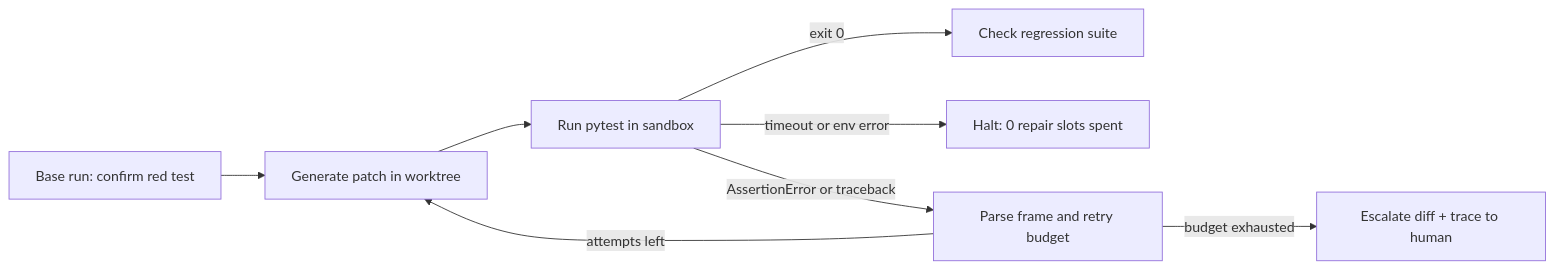
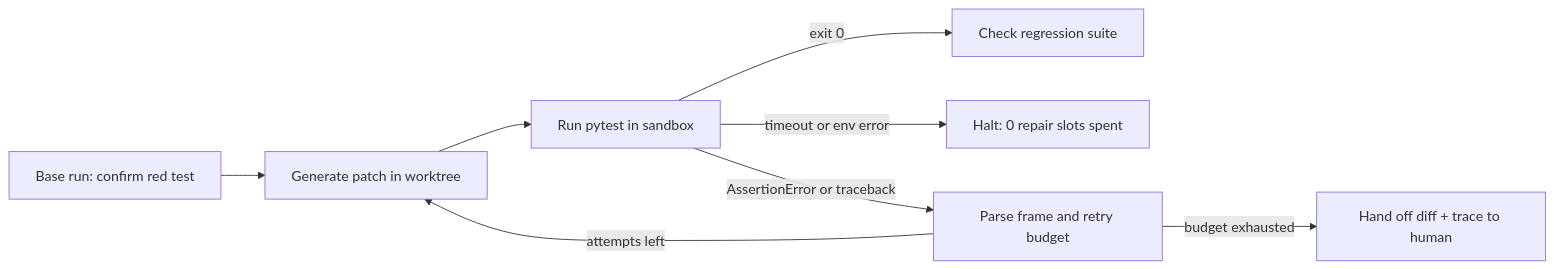
Before and after one commit to bvolpato/leetllm: the diagram in web/src/content/agents/ai-coding-workflow-with-agents/content.md, drawn with Mermaid. The commit also changed other lines of this file and 23 other files, not shown here.

````diff
--- a/web/src/content/agents/ai-coding-workflow-with-agents/content.md
+++ b/web/src/content/agents/ai-coding-workflow-with-agents/content.md
@@ -262,10 +241,10 @@
 ```mermaid
 flowchart LR
   base["Base run: confirm red test"]:::warning --> gen["Generate patch in worktree"]:::primary
   gen --> run["Run pytest in sandbox"]:::secondary
   run -->|"exit 0"| verify["Check regression suite"]:::success
   run -->|"timeout or env error"| env["Halt: 0 repair slots spent"]:::danger
   run -->|"AssertionError or traceback"| parse["Parse frame and retry budget"]:::warning
   parse -->|"attempts left"| gen
-  parse -->|"budget exhausted"| escalate["Escalate diff + trace to human"]:::danger
+  parse -->|"budget exhausted"| handoff["Hand off diff + trace to human"]:::danger
 ```
````
